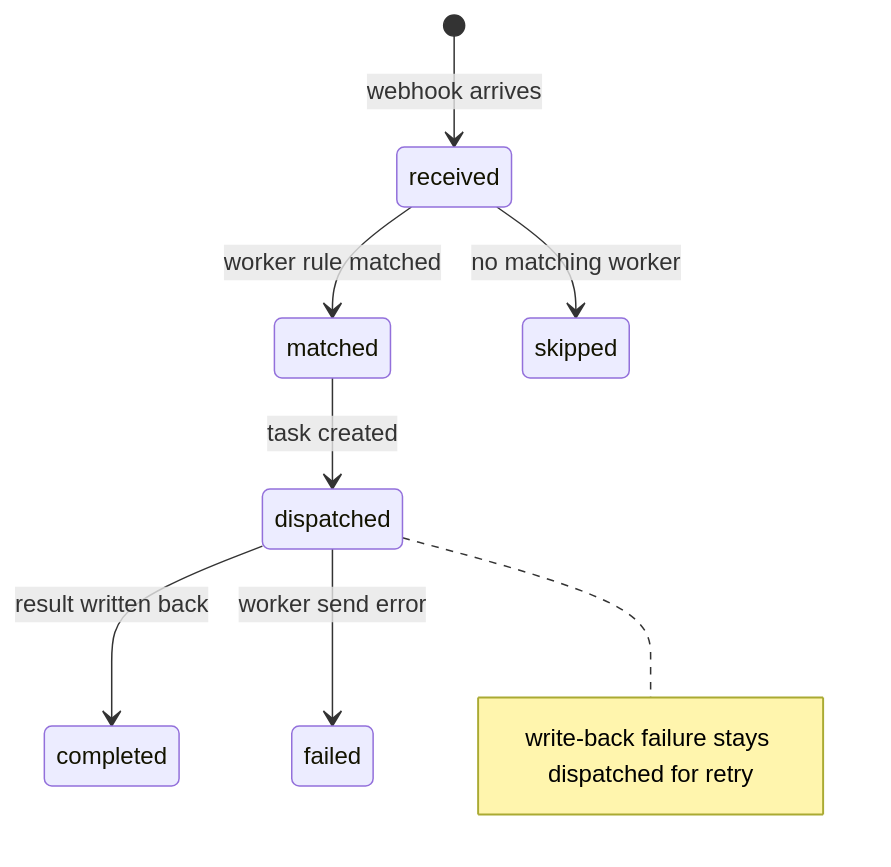
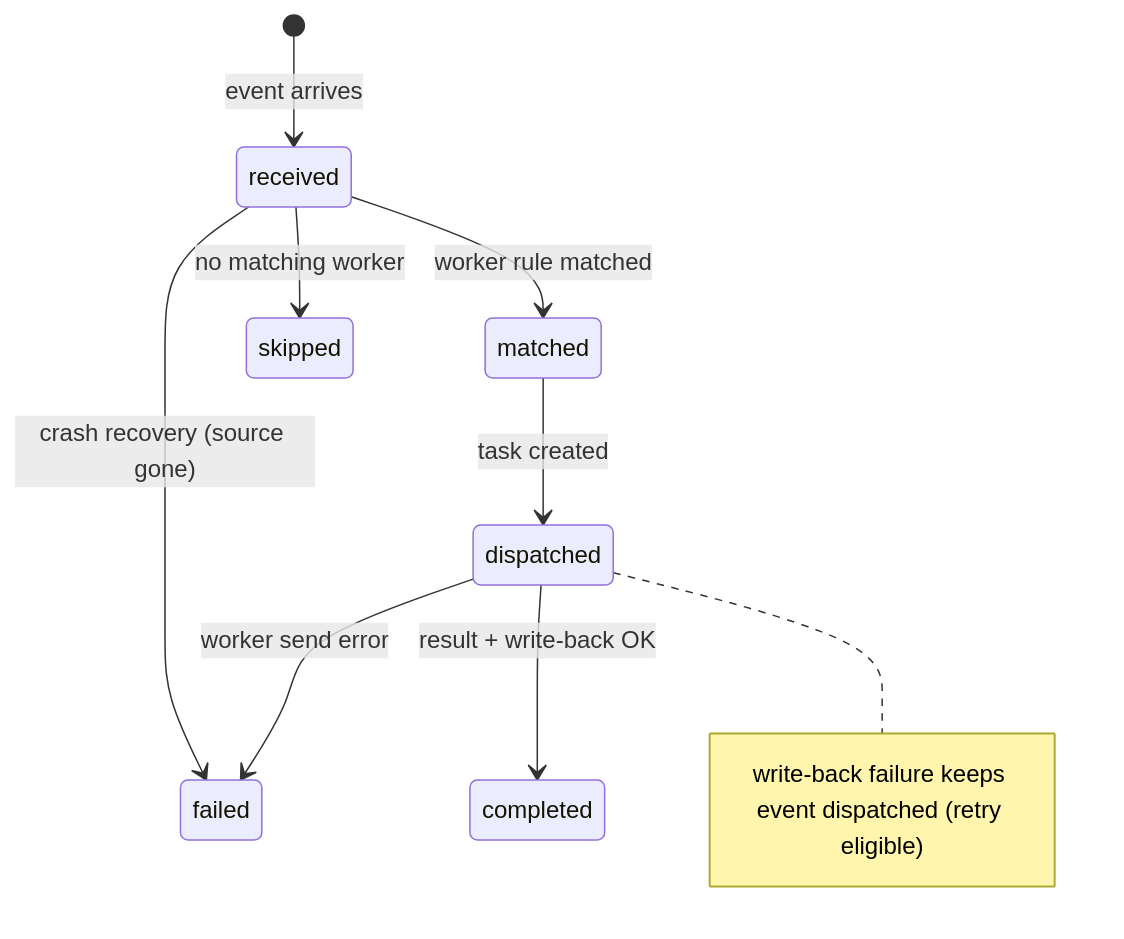
The second of 2 diagrams in website/guide/events.md (xiaolai/mecha.im), drawn with Mermaid before and after one commit. The commit also changed other lines of this file, not shown here.

First line of the commit message:
docs: push events.md to 100% — universal event model, provider interfaces

````diff
--- a/website/guide/events.md
+++ b/website/guide/events.md
@@ -179,10 +209,11 @@
 ```mermaid
 stateDiagram-v2
-    [*] --> received : webhook arrives
+    [*] --> received : event arrives
     received --> matched : worker rule matched
     received --> skipped : no matching worker
+    received --> failed : crash recovery (source gone)
     matched --> dispatched : task created
-    dispatched --> completed : result written back
+    dispatched --> completed : result + write-back OK
     dispatched --> failed : worker send error
-    note right of dispatched : write-back failure stays dispatched for retry
+    note right of dispatched : write-back failure keeps event dispatched (retry eligible)
 ```
````
